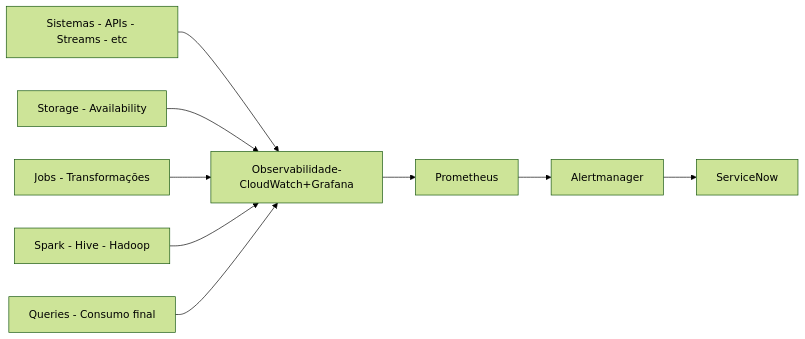
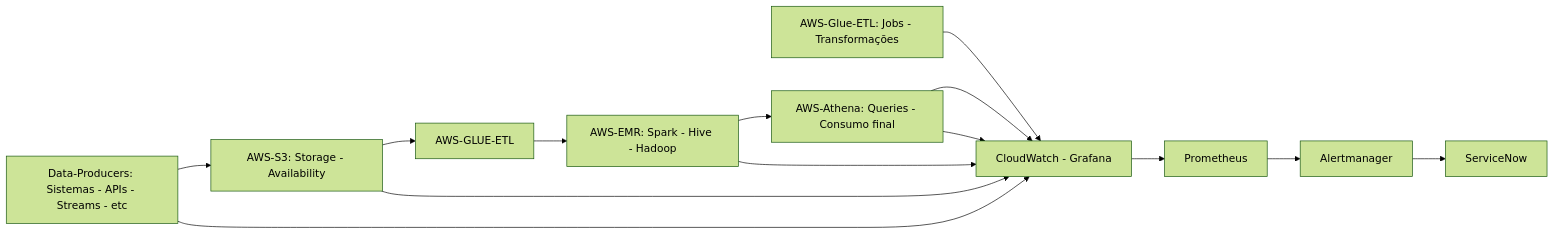
The diagram in docs/architecture_observability_data_lake.md (pmagaiwer/aws-datalake-observability), drawn with Mermaid (forest theme) before and after one commit.

````diff
--- a/docs/architecture_observability_data_lake.md
+++ b/docs/architecture_observability_data_lake.md
@@ -3,19 +3,20 @@
 ```mermaid
 flowchart LR
-    Data-Producers["Sistemas - APIs - Streams - etc"]
-    AWS-S3["Storage - Availability"]
-    AWS-Glue-ETL["Jobs - Transformações"]
-    AWS-EMR["Spark - Hive - Hadoop"]
-    AWS-Athena["Queries - Consumo final"]
-    Observabilidade-CloudWatch+Grafana["Observabilidade-CloudWatch+Grafana"]
+    Data-Producers[" Data-Producers: Sistemas - APIs - Streams - etc"]
+    AWS-S3["AWS-S3: Storage - Availability"]
+    AWS-Glue-ETL["AWS-Glue-ETL: Jobs - Transformações"]
+    AWS-EMR["AWS-EMR: Spark - Hive - Hadoop"]
+    AWS-Athena["AWS-Athena: Queries - Consumo final"]
+    Observabilidade-CloudWatch+Grafana["CloudWatch - Grafana"]
     Prometheus["Prometheus"]
     Alertmanager["Alertmanager"]
     ServiceNow["ServiceNow"]
 
+    Data-Producers --> AWS-S3 --> AWS-GLUE-ETL --> AWS-EMR --> AWS-Athena --> Observabilidade-CloudWatch+Grafana
     Data-Producers --> Observabilidade-CloudWatch+Grafana
     AWS-S3 --> Observabilidade-CloudWatch+Grafana
     AWS-Glue-ETL --> Observabilidade-CloudWatch+Grafana
     AWS-EMR --> Observabilidade-CloudWatch+Grafana
     AWS-Athena --> Observabilidade-CloudWatch+Grafana
     Observabilidade-CloudWatch+Grafana --> Prometheus --> Alertmanager --> ServiceNow
 ```
````
